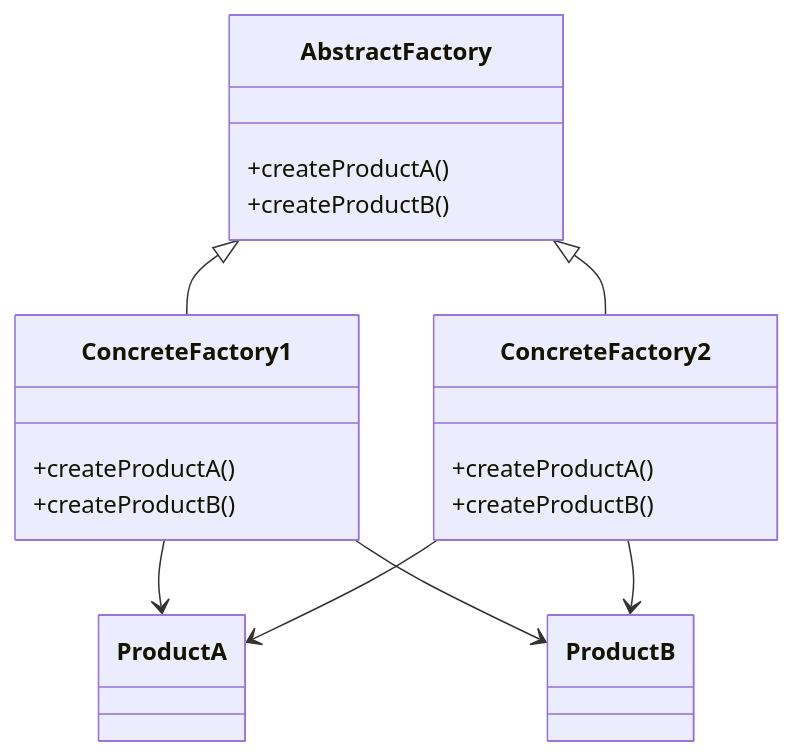
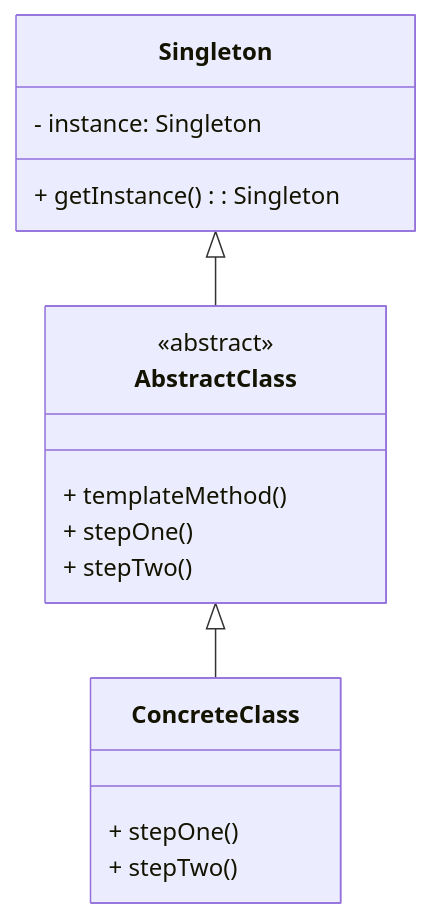
The fifth of 8 diagrams in articles/_designpattern/01_abstract_factory.md (42jerrykim/42jerrykim.github.io), drawn with Mermaid before and after one commit. The commit also changed other lines of this file and 1 other file, not shown here.

````diff
--- a/articles/_designpattern/01_abstract_factory.md
+++ b/articles/_designpattern/01_abstract_factory.md
@@ -868,30 +836,23 @@
 ```mermaid
 classDiagram
-    class AbstractFactory {
-        +createProductA()
-        +createProductB()
+    class Singleton {
+        - instance: Singleton
+        + getInstance(): Singleton
     }
 
-    class ConcreteFactory1 {
-        +createProductA()
-        +createProductB()
+    class AbstractClass {
+        + templateMethod()
+        <<abstract>>
+        + stepOne()
+        <<abstract>>
+        + stepTwo()
     }
 
-    class ConcreteFactory2 {
-        +createProductA()
-        +createProductB()
+    class ConcreteClass {
+        + stepOne()
+        + stepTwo()
     }
 
-    class ProductA {
-    }
-
-    class ProductB {
-    }
-
-    AbstractFactory <|-- ConcreteFactory1
-    AbstractFactory <|-- ConcreteFactory2
-    ConcreteFactory1 --> ProductA
-    ConcreteFactory1 --> ProductB
-    ConcreteFactory2 --> ProductA
-    ConcreteFactory2 --> ProductB
+    Singleton <|-- AbstractClass
+    AbstractClass <|-- ConcreteClass
 ```
````
